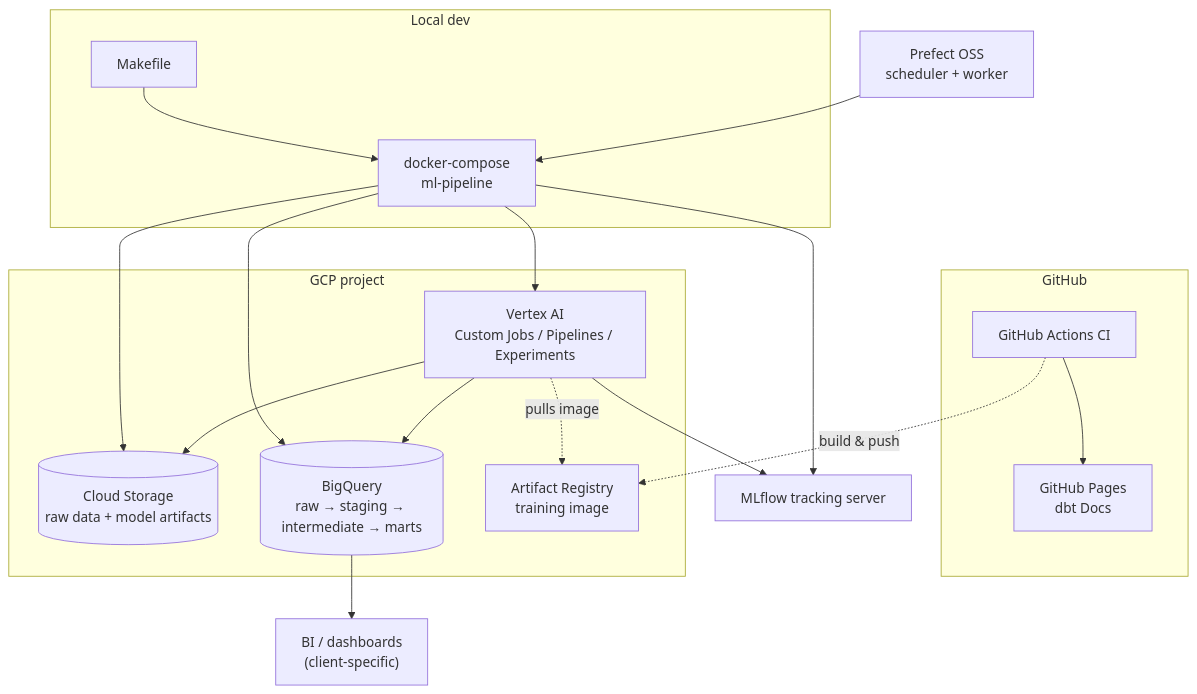
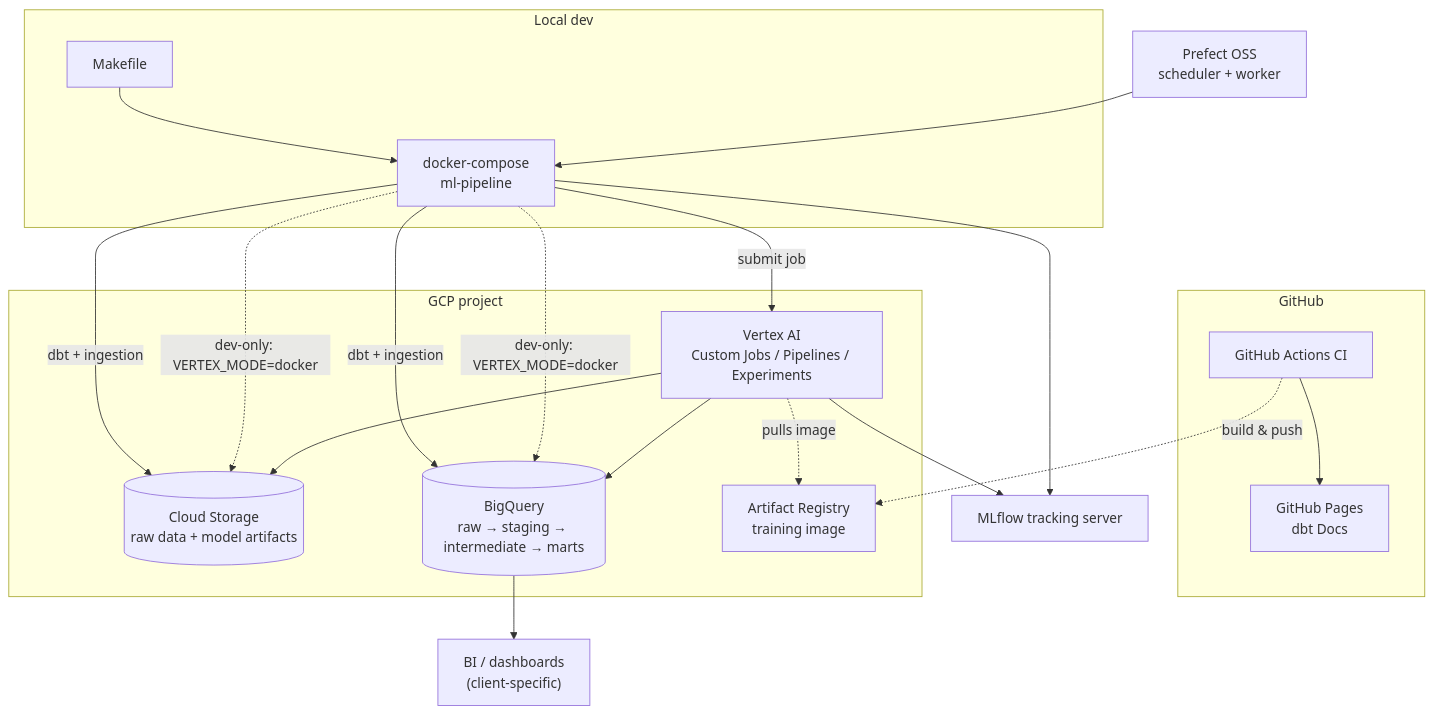
One commit to the-datastrategist/tds-dbt-favorita changed the first of 2 diagrams in README.md. Above: the diagram before and after it, drawn with Mermaid. The commit also changed other lines of this file and 61 other files, not shown here.

````diff
--- a/README.md
+++ b/README.md
@@ -66,37 +66,39 @@
 ```mermaid
 flowchart TB
   subgraph Dev["Local dev"]
     Make[Makefile]
     Compose["docker-compose\nml-pipeline"]
   end
 
   subgraph GH["GitHub"]
     Actions[GitHub Actions CI]
     Pages["GitHub Pages\ndbt Docs"]
   end
 
   subgraph GCP["GCP project"]
     GCS[("Cloud Storage\nraw data + model artifacts")]
     BQ[("BigQuery\nraw → staging → intermediate → marts")]
     Vertex["Vertex AI\nCustom Jobs / Pipelines / Experiments"]
     AR["Artifact Registry\ntraining image"]
   end
 
   Prefect["Prefect OSS\nscheduler + worker"]
   MLflow["MLflow tracking server"]
   BI["BI / dashboards\n(client-specific)"]
 
   Make --> Compose
-  Compose --> BQ
-  Compose --> GCS
-  Compose --> Vertex
+  Compose -->|dbt + ingestion| BQ
+  Compose -->|dbt + ingestion| GCS
+  Compose -.->|dev-only: VERTEX_MODE=docker| GCS
+  Compose -.->|dev-only: VERTEX_MODE=docker| BQ
+  Compose -->|submit job| Vertex
   Compose --> MLflow
   Prefect --> Compose
   Vertex --> GCS
   Vertex --> BQ
   Vertex --> MLflow
   Vertex -.pulls image.-> AR
   Actions -.build & push.-> AR
   Actions --> Pages
   BQ --> BI
 ```
````
